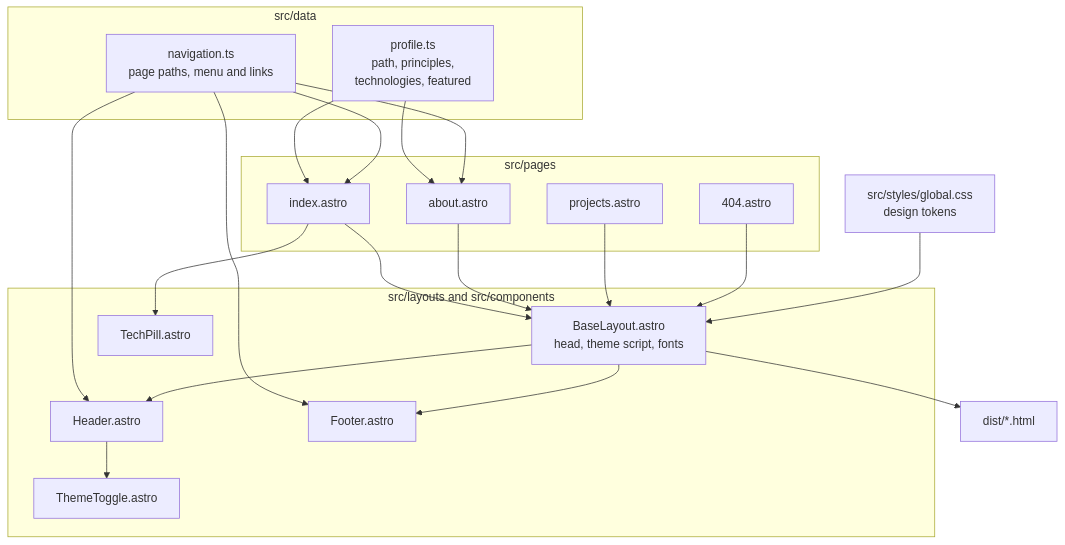
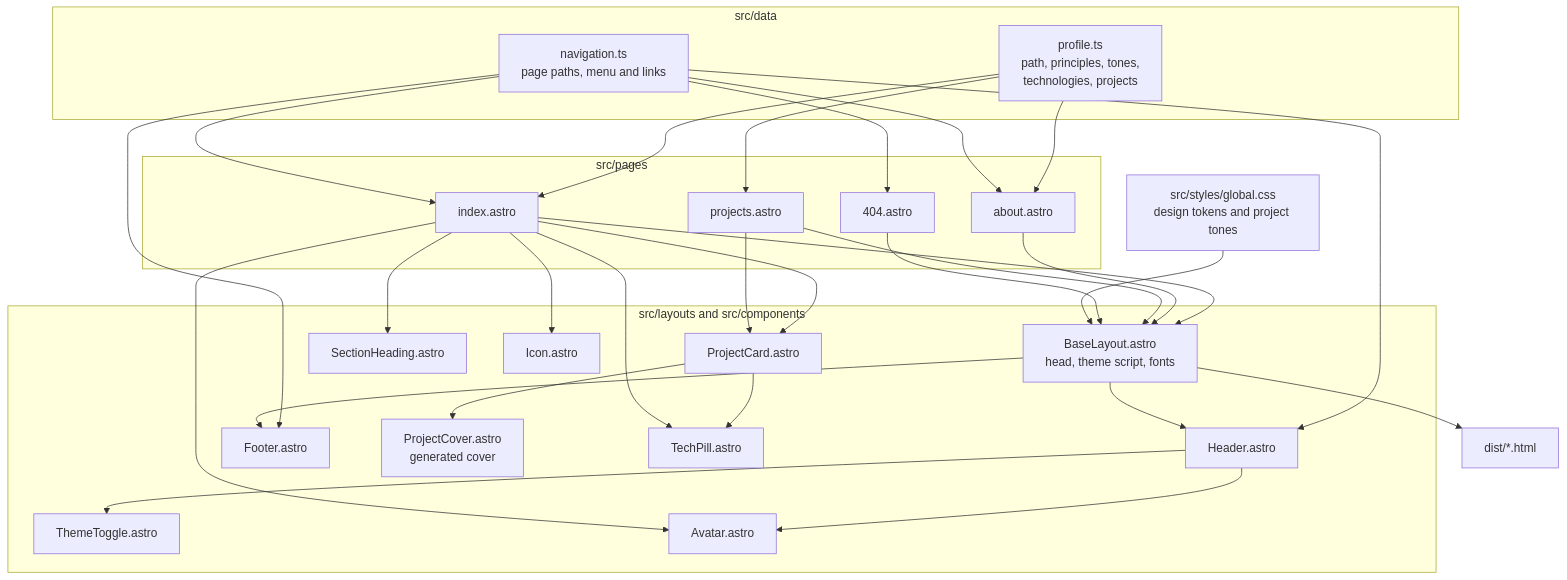
The second of 2 diagrams in docs/architecture.md (zxxdev/zxxdev.github.io), drawn with Mermaid before and after one commit. The commit also changed other lines of this file and 23 other files, not shown here.

First line of the commit message:
feat: sharp redesign with project tones and project cards (#14)

````diff
--- a/docs/architecture.md
+++ b/docs/architecture.md
@@ -31,38 +31,53 @@
 ```mermaid
 flowchart TB
     subgraph data[src/data]
         N[navigation.ts<br/>page paths, menu and links]
-        P[profile.ts<br/>path, principles,<br/>technologies, featured]
+        P[profile.ts<br/>path, principles, tones,<br/>technologies, projects]
     end
     subgraph pages[src/pages]
         I[index.astro]
         AB[about.astro]
         PR[projects.astro]
         NF[404.astro]
     end
     subgraph shell[src/layouts and src/components]
         L[BaseLayout.astro<br/>head, theme script, fonts]
         H[Header.astro]
         F[Footer.astro]
         T[ThemeToggle.astro]
+        A[Avatar.astro]
+        PC[ProjectCard.astro]
+        CV[ProjectCover.astro<br/>generated cover]
         TP[TechPill.astro]
+        SH[SectionHeading.astro]
+        IC[Icon.astro]
     end
-    S[src/styles/global.css<br/>design tokens]
+    S[src/styles/global.css<br/>design tokens and project tones]
 
     P --> I
     P --> AB
+    P --> PR
     N --> H
     N --> F
     N --> I
     N --> AB
+    N --> NF
     I --> L
     AB --> L
     PR --> L
     NF --> L
     L --> H
     L --> F
     H --> T
+    H --> A
+    I --> A
+    I --> PC
+    PR --> PC
+    PC --> CV
+    PC --> TP
     I --> TP
+    I --> SH
+    I --> IC
     S --> L
     L --> O[dist/*.html]
 ```
````
